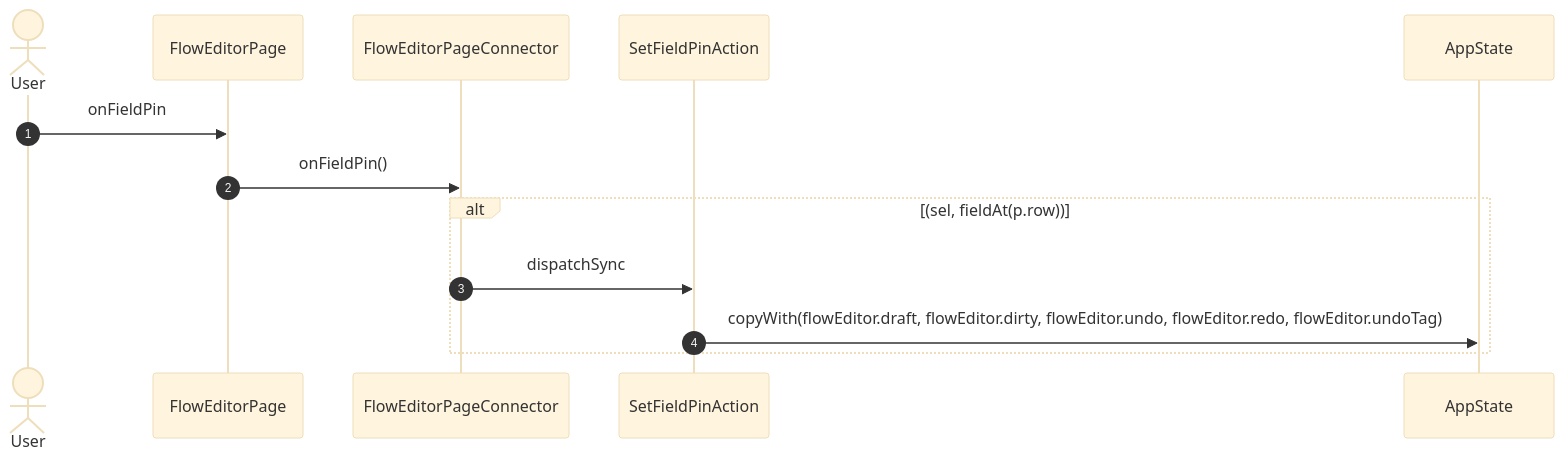
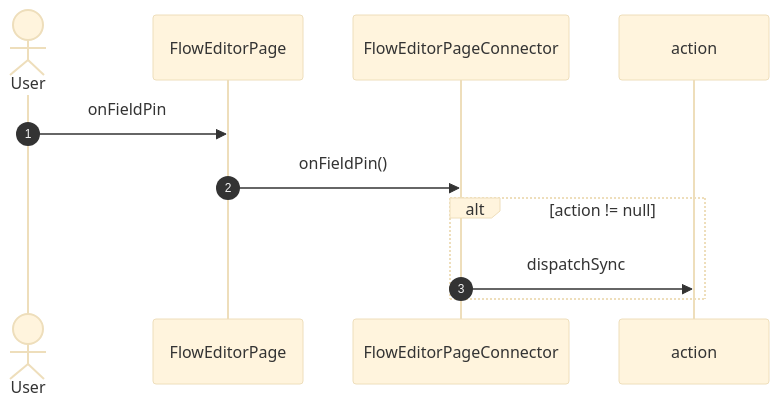
Before and after one commit to gencto/wyrm: diagram 29 of 41 in studio/docs/flows/flowEditor.md, drawn with Mermaid (base theme). The commit also changed other lines of this file and 19 other files, not shown here.

First line of the commit message:
studio: flow editor: questions keyed by what answers them; a connector under 400 lines

````diff
--- a/studio/docs/flows/flowEditor.md
+++ b/studio/docs/flows/flowEditor.md
@@ -389,16 +491,14 @@
 ```mermaid
 sequenceDiagram
     autonumber
     actor User
     participant UI as FlowEditorPage
     participant VM as FlowEditorPageConnector
-    participant A1 as SetFieldPinAction
-    participant ST as AppState
+    participant A1 as action
 
     User->>UI: onFieldPin
     UI->>VM: onFieldPin()
-    alt (sel, fieldAt(p.row))
+    alt action != null
         VM->>A1: dispatchSync
-        A1->>ST: copyWith(flowEditor.draft, flowEditor.dirty, flowEditor.undo, flowEditor.redo, flowEditor.undoTag)
     end
 ```
````
